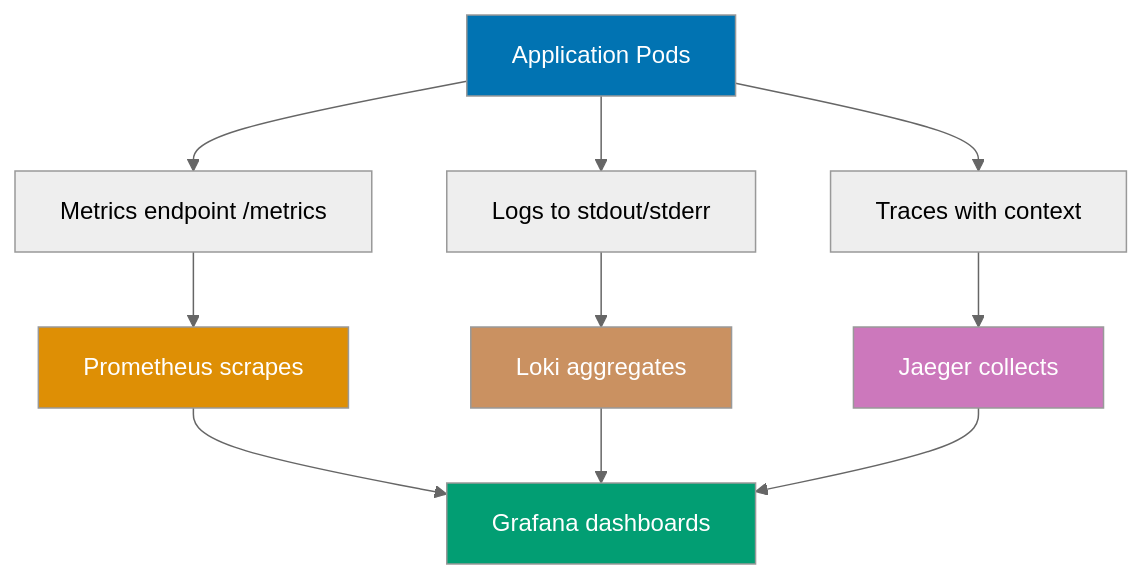
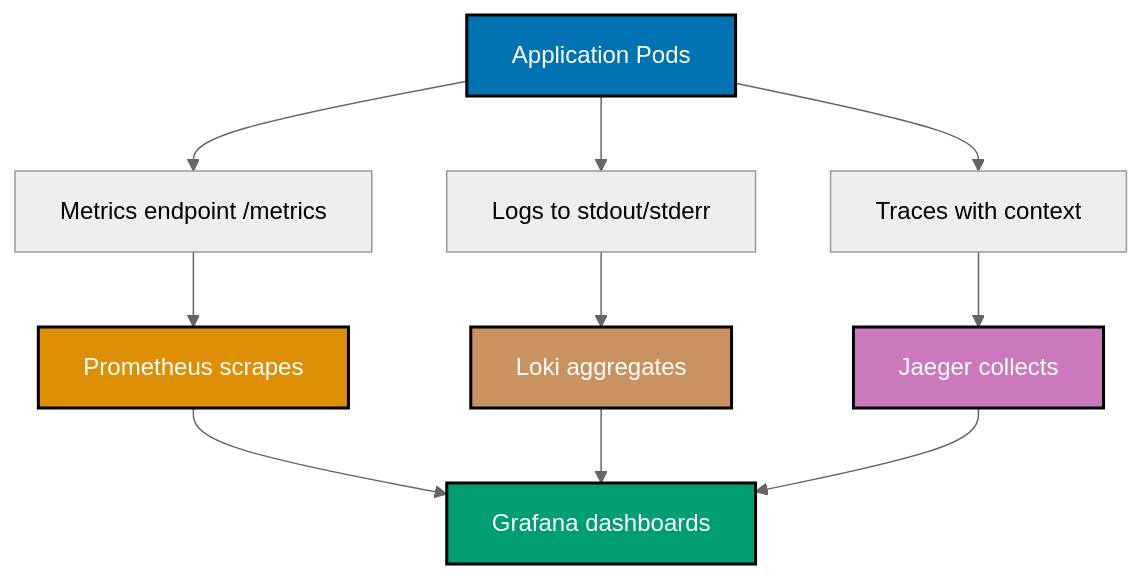
One commit to wahidyankf/open-sharia-enterprise changed diagram 14 of 14 in apps/ayokoding-web/content/en/learn/software-engineering/infrastructure/tools/kubernetes/by-example/advanced.md. Above: the diagram before and after it, drawn with Mermaid (neutral theme). The commit also changed other lines of this file and 25 other files, not shown here.

````diff
--- a/apps/ayokoding-web/content/en/learn/software-engineering/infrastructure/tools/kubernetes/by-example/advanced.md
+++ b/apps/ayokoding-web/content/en/learn/software-engineering/infrastructure/tools/kubernetes/by-example/advanced.md
@@ -3482,19 +3495,20 @@
 ```mermaid
+%% Color Palette: Blue #0173B2, Orange #DE8F05, Teal #029E73, Purple #CC78BC, Brown #CA9161
 %% Observability stack
 graph TD
  A[Application Pods] --> B[Metrics endpoint /metrics]
  A --> C[Logs to stdout/stderr]
  A --> D[Traces with context]
  B --> E[Prometheus scrapes]
  C --> F[Loki aggregates]
  D --> G[Jaeger collects]
  E --> H[Grafana dashboards]
  F --> H
  G --> H
 
- style A fill:#0173B2,color:#fff
- style E fill:#DE8F05,color:#fff
- style F fill:#CA9161,color:#fff
- style G fill:#CC78BC,color:#fff
- style H fill:#029E73,color:#fff
+ style A fill:#0173B2,stroke:#000000,stroke-width:2px,color:#fff
+ style E fill:#DE8F05,stroke:#000000,stroke-width:2px,color:#fff
+ style F fill:#CA9161,stroke:#000000,stroke-width:2px,color:#fff
+ style G fill:#CC78BC,stroke:#000000,stroke-width:2px,color:#fff
+ style H fill:#029E73,stroke:#000000,stroke-width:2px,color:#fff
 ```
````
